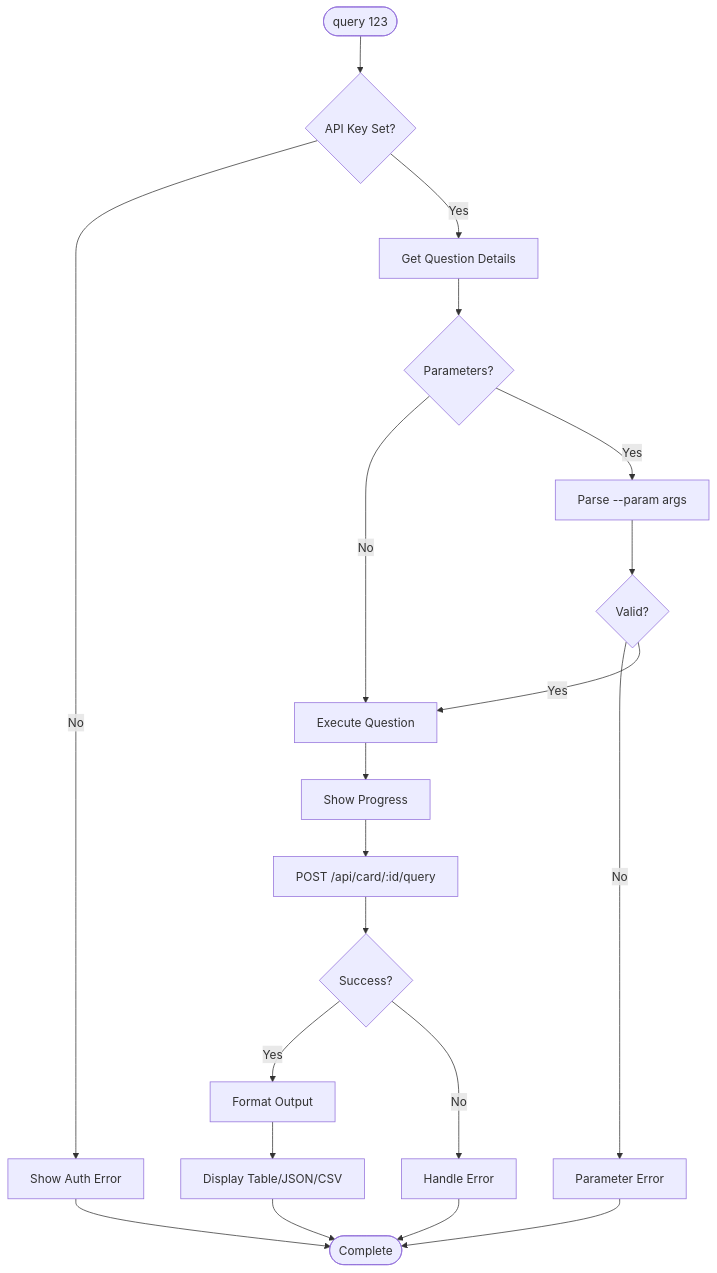
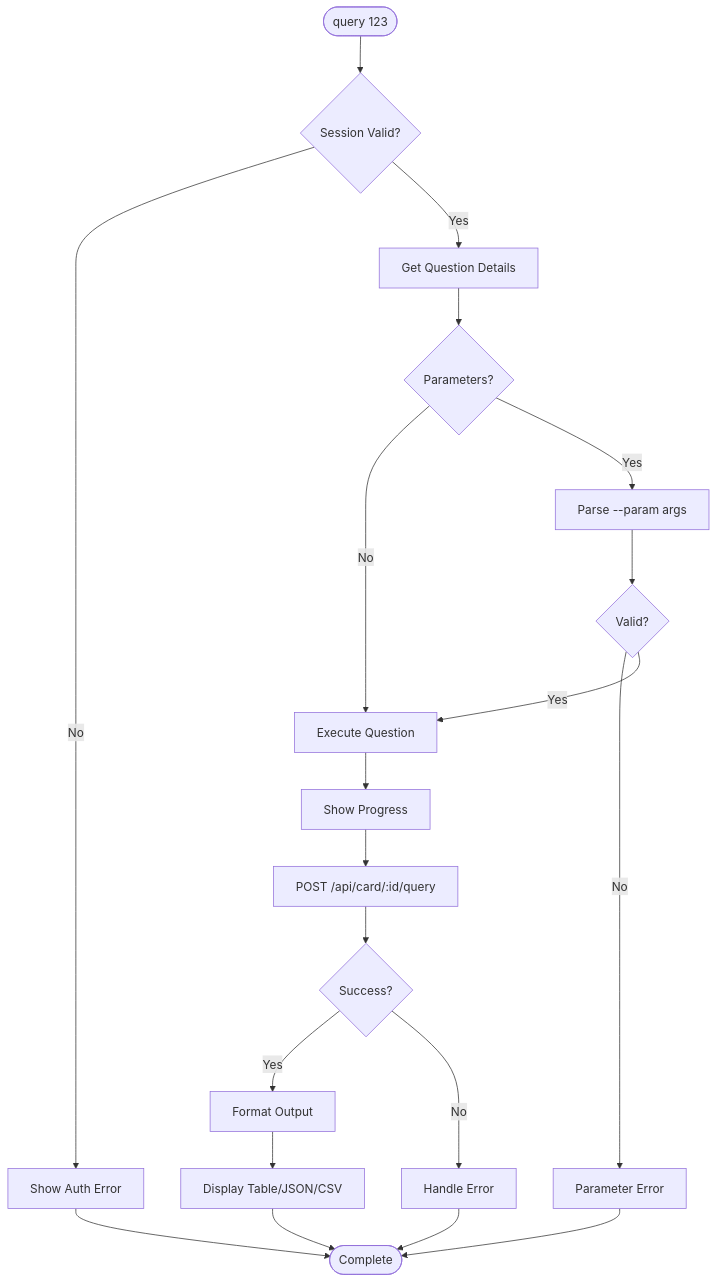
Before and after one commit to daisuke8000/mbr-cli: the eighth of 8 diagrams in ARCHITECTURE.md, drawn with Mermaid. The commit also changed other lines of this file and 1 other file, not shown here.

First line of the commit message:
docs: align CLAUDE.md and ARCHITECTURE.md with session authentication (#74)

````diff
--- a/ARCHITECTURE.md
+++ b/ARCHITECTURE.md
@@ -207,28 +265,28 @@
 ```mermaid
 flowchart TD
-    Start([query 123]) --> CheckAuth{API Key Set?}
+    Start([query 123]) --> CheckAuth{Session Valid?}
     CheckAuth -->|No| AuthError[Show Auth Error]
     CheckAuth -->|Yes| GetQuestion[Get Question Details]
 
     GetQuestion --> HasParams{Parameters?}
     HasParams -->|No| Execute[Execute Question]
     HasParams -->|Yes| ParseParams[Parse --param args]
 
     ParseParams --> ValidParams{Valid?}
     ValidParams -->|No| ParamError[Parameter Error]
     ValidParams -->|Yes| Execute
 
     Execute --> Progress[Show Progress]
     Progress --> APICall[POST /api/card/:id/query]
     APICall --> Result{Success?}
 
     Result -->|Yes| Format[Format Output]
     Result -->|No| APIError[Handle Error]
 
     Format --> Display[Display Table/JSON/CSV]
     Display --> End([Complete])
 
     AuthError --> End
     ParamError --> End
     APIError --> End
 ```
````
